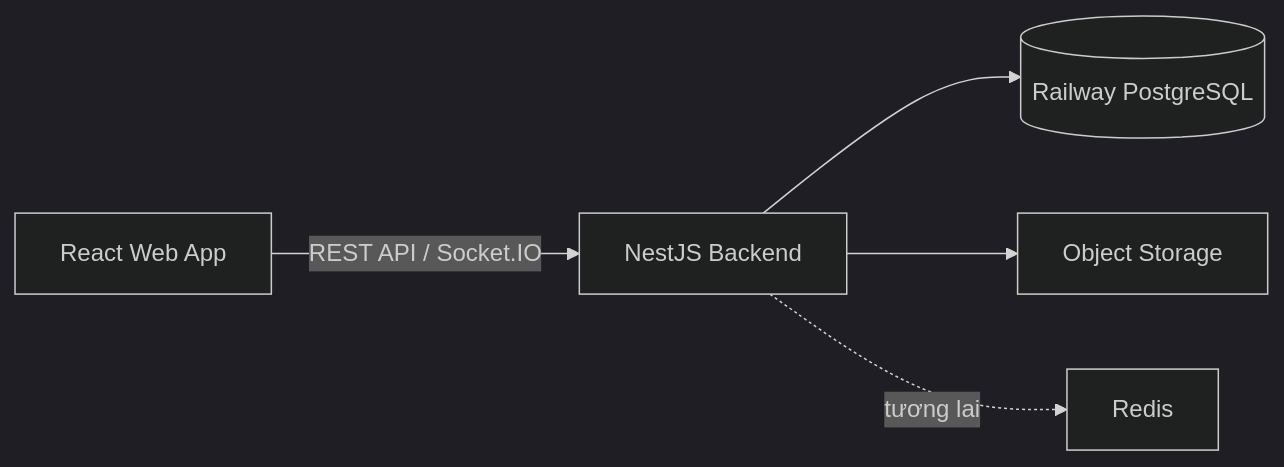
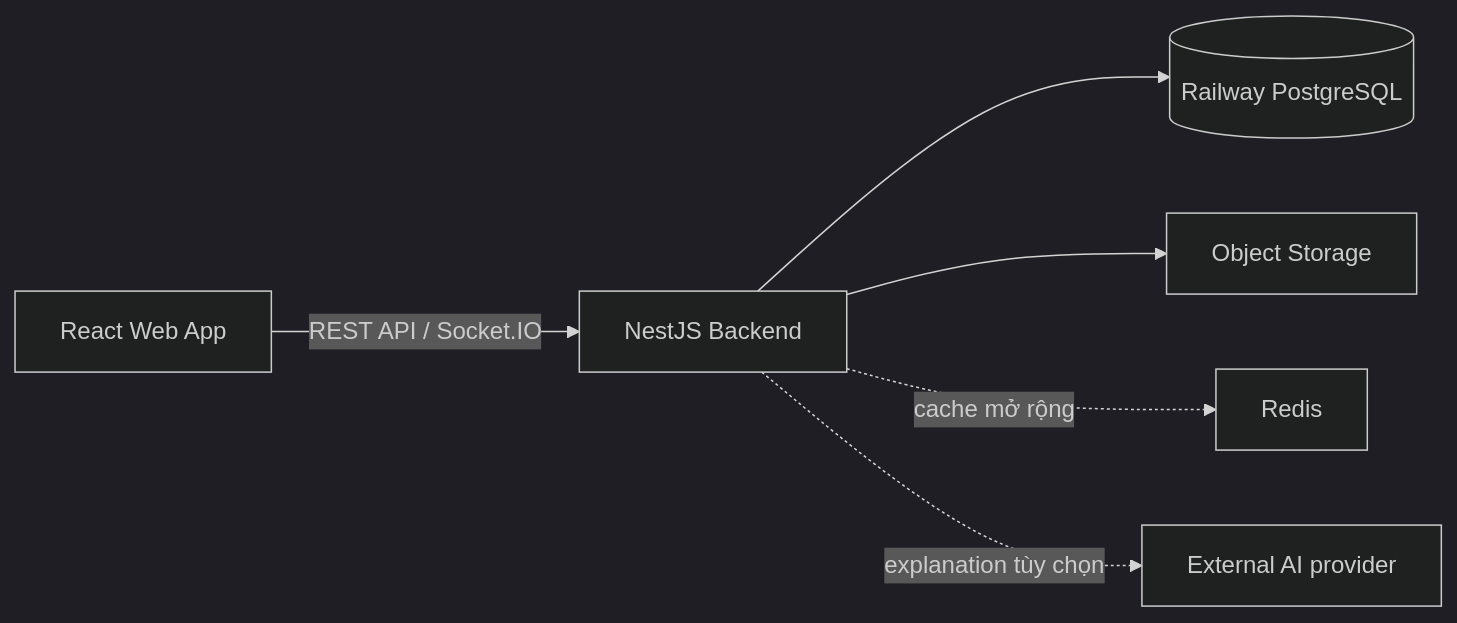
Before and after one commit to phamson1928/CareerBridge: the first of 2 diagrams in docs/plans/systemDesign.md, drawn with Mermaid (dark theme). The commit also changed other lines of this file and 10 other files, not shown here.

````diff
--- a/docs/plans/systemDesign.md
+++ b/docs/plans/systemDesign.md
@@ -7,7 +7,8 @@
 ```mermaid
 flowchart LR
   Web[React Web App] -->|REST API / Socket.IO| API[NestJS Backend]
   API --> DB[(Railway PostgreSQL)]
   API --> Storage[Object Storage]
-  API -. tương lai .-> Redis[Redis]
+  API -. cache mở rộng .-> Redis[Redis]
+  API -. explanation tùy chọn .-> AI[External AI provider]
 ```
````
